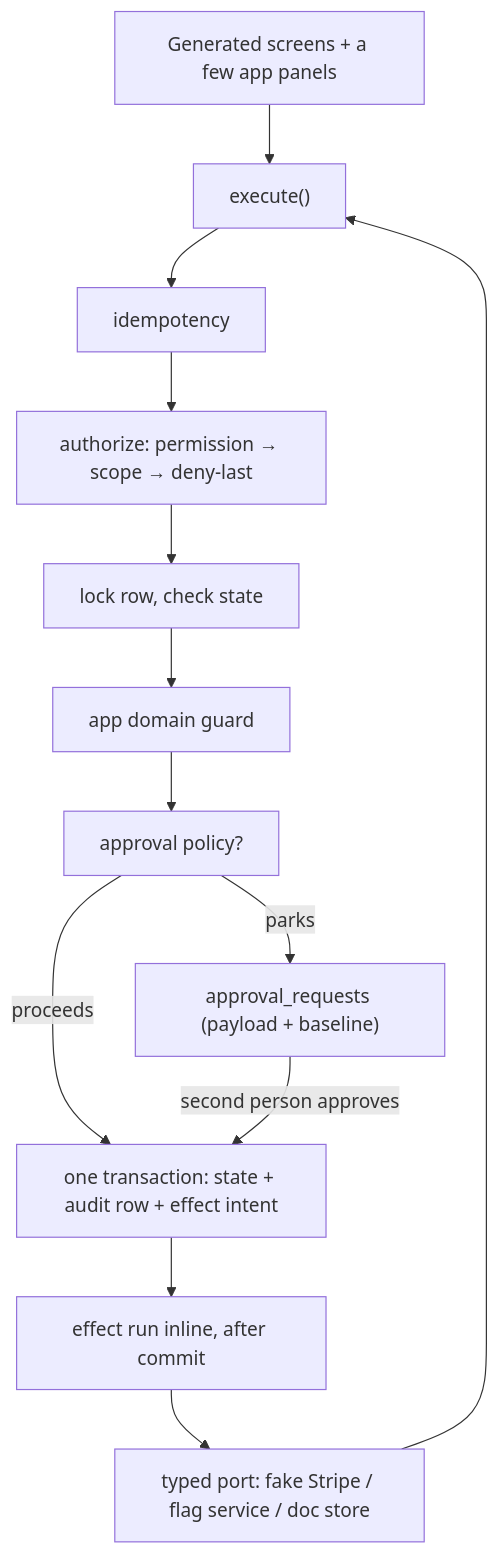
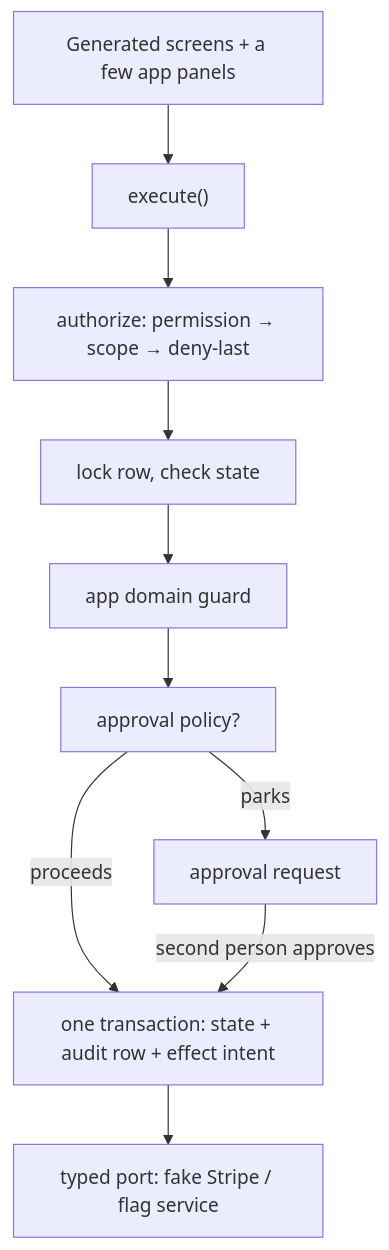
The diagram in README.md (warnerktsang/internal-tools-platform), drawn with Mermaid before and after one commit. The commit also changed other lines of this file, not shown here.

Commit message:
docs: cut the README down to the hosted link, the apps, and the architecture

````diff
--- a/README.md
+++ b/README.md
@@ -226,15 +60,12 @@
 ```mermaid
 flowchart TB
   UI["Generated screens + a few app panels"] --> EX["execute()"]
-  EX --> ID["idempotency"]
-  ID --> AZ["authorize: permission → scope → deny-last"]
+  EX --> AZ["authorize: permission → scope → deny-last"]
   AZ --> LK["lock row, check state"]
   LK --> GD["app domain guard"]
   GD --> AP["approval policy?"]
-  AP -->|parks| PR["approval_requests (payload + baseline)"]
+  AP -->|parks| PR["approval request"]
   AP -->|proceeds| TX["one transaction: state + audit row + effect intent"]
   PR -->|second person approves| TX
-  TX --> WK["effect run inline, after commit"]
-  WK --> PT["typed port: fake Stripe / flag service / doc store"]
-  PT --> EX
+  TX --> PT["typed port: fake Stripe / flag service"]
 ```
````
